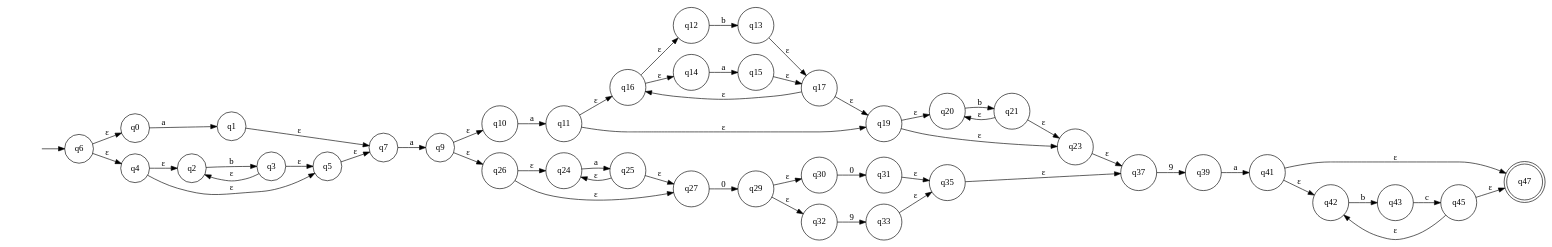
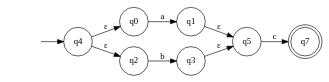
The diagram in nfa_graph.dot (Logic-1729/CS2205-Lexer), drawn with Graphviz before and after one commit. The commit also changed 5 other files, not shown here.

```diff
--- a/nfa_graph.dot
+++ b/nfa_graph.dot
@@ -1,59 +1,15 @@
 digraph NFA {
   rankdir=LR;
   node [shape=circle];
-  q47 [shape=doublecircle];
+  q7 [shape=doublecircle];
   __start0 [shape=none, label=""];
-  __start0 -> q6;
+  __start0 -> q4;
 
   q0 -> q1 [label="a"];
   q2 -> q3 [label="b"];
+  q4 -> q0 [label="ε"];
   q4 -> q2 [label="ε"];
+  q1 -> q5 [label="ε"];
   q3 -> q5 [label="ε"];
-  q3 -> q2 [label="ε"];
-  q4 -> q5 [label="ε"];
-  q6 -> q0 [label="ε"];
-  q6 -> q4 [label="ε"];
-  q1 -> q7 [label="ε"];
-  q5 -> q7 [label="ε"];
-  q7 -> q9 [label="a"];
-  q10 -> q11 [label="a"];
-  q12 -> q13 [label="b"];
-  q14 -> q15 [label="a"];
-  q16 -> q12 [label="ε"];
-  q16 -> q14 [label="ε"];
-  q13 -> q17 [label="ε"];
-  q15 -> q17 [label="ε"];
-  q11 -> q16 [label="ε"];
-  q17 -> q19 [label="ε"];
-  q17 -> q16 [label="ε"];
-  q11 -> q19 [label="ε"];
-  q20 -> q21 [label="b"];
-  q19 -> q20 [label="ε"];
-  q21 -> q23 [label="ε"];
-  q21 -> q20 [label="ε"];
-  q19 -> q23 [label="ε"];
-  q24 -> q25 [label="a"];
-  q26 -> q24 [label="ε"];
-  q25 -> q27 [label="ε"];
-  q25 -> q24 [label="ε"];
-  q26 -> q27 [label="ε"];
-  q27 -> q29 [label="0"];
-  q30 -> q31 [label="0"];
-  q32 -> q33 [label="9"];
-  q29 -> q30 [label="ε"];
-  q29 -> q32 [label="ε"];
-  q31 -> q35 [label="ε"];
-  q33 -> q35 [label="ε"];
-  q9 -> q10 [label="ε"];
-  q9 -> q26 [label="ε"];
-  q23 -> q37 [label="ε"];
-  q35 -> q37 [label="ε"];
-  q37 -> q39 [label="9"];
-  q39 -> q41 [label="a"];
-  q42 -> q43 [label="b"];
-  q43 -> q45 [label="c"];
-  q41 -> q42 [label="ε"];
-  q45 -> q47 [label="ε"];
-  q45 -> q42 [label="ε"];
-  q41 -> q47 [label="ε"];
+  q5 -> q7 [label="c"];
 }
```
